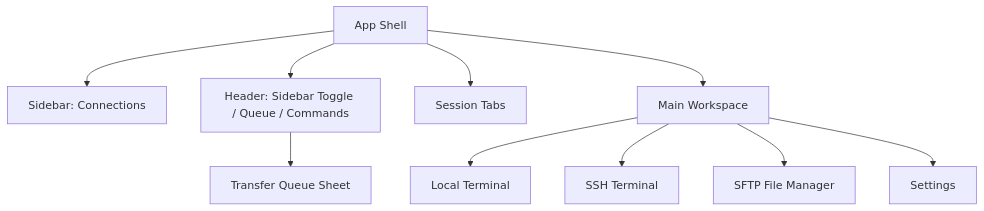
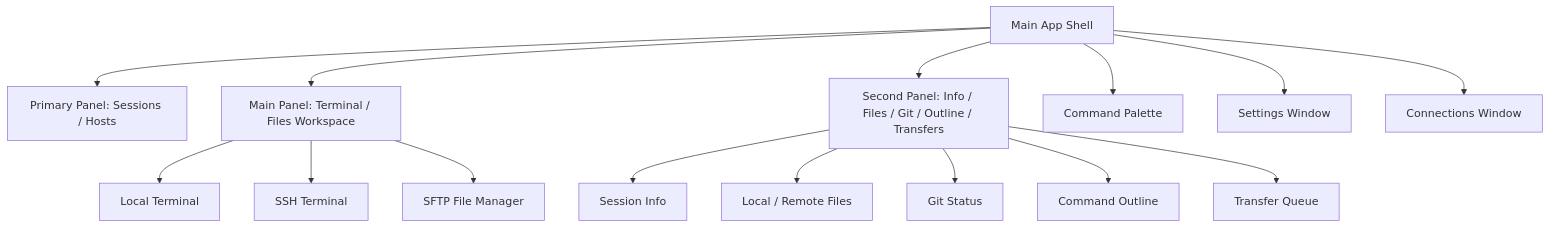
Before and after one commit to gsxhnd/Puck: the diagram in docs/04-ui-ux-and-theme-i18n.md, drawn with Mermaid. The commit also changed other lines of this file and 6 other files, not shown here.

First line of the commit message:
feat: update README and documentation for Puck Terminal capabilities and architecture

````diff
--- a/docs/04-ui-ux-and-theme-i18n.md
+++ b/docs/04-ui-ux-and-theme-i18n.md
@@ -16,23 +16,25 @@
 ```mermaid
 flowchart TB
-  App["App Shell"]
-  Sidebar["Sidebar: Connections"]
-  Header["Header: Sidebar Toggle / Queue / Commands"]
-  Tabs["Session Tabs"]
-  Main["Main Workspace"]
-  LocalTerminal["Local Terminal"]
-  SshTerminal["SSH Terminal"]
-  Files["SFTP File Manager"]
-  Queue["Transfer Queue Sheet"]
-  Settings["Settings"]
+  App["Main App Shell"]
+  Primary["Primary Panel: Sessions / Hosts"]
+  Main["Main Panel: Terminal / Files Workspace"]
+  Second["Second Panel: Info / Files / Git / Outline / Transfers"]
+  Palette["Command Palette"]
+  Settings["Settings Window"]
+  Connections["Connections Window"]
 
-  App --> Sidebar
-  App --> Header
-  App --> Tabs
+  App --> Primary
   App --> Main
-  Main --> LocalTerminal
-  Main --> SshTerminal
-  Main --> Files
-  Main --> Settings
-  Header --> Queue
+  App --> Second
+  App --> Palette
+  App --> Settings
+  App --> Connections
+  Main --> LocalTerminal["Local Terminal"]
+  Main --> SshTerminal["SSH Terminal"]
+  Main --> FileManager["SFTP File Manager"]
+  Second --> Info["Session Info"]
+  Second --> Files["Local / Remote Files"]
+  Second --> Git["Git Status"]
+  Second --> Outline["Command Outline"]
+  Second --> Transfers["Transfer Queue"]
 ```
````
